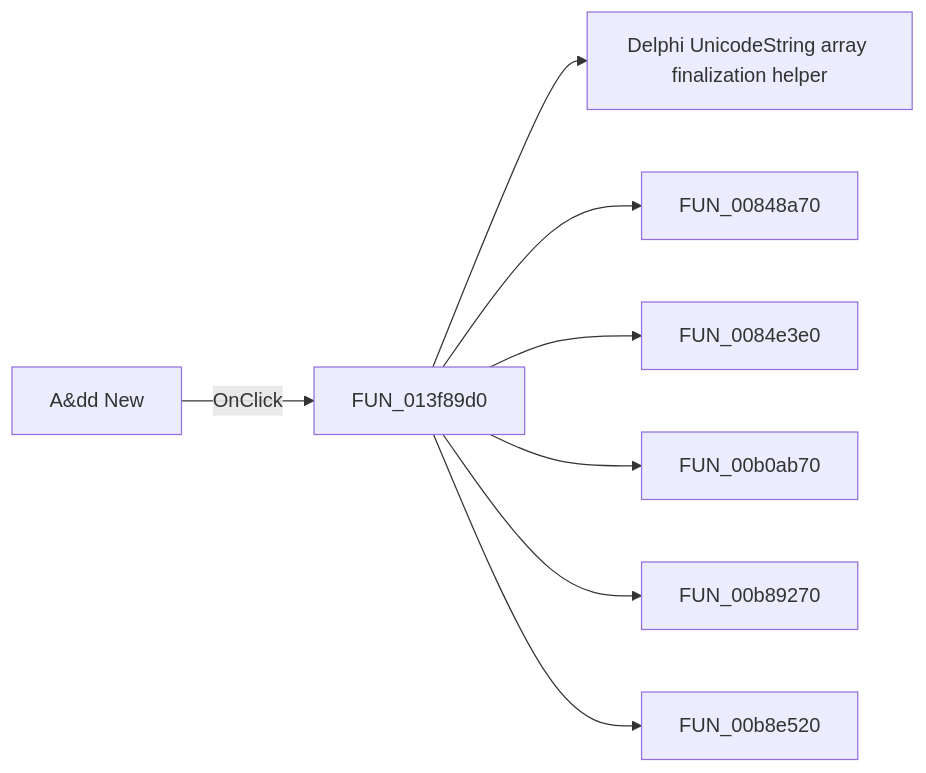
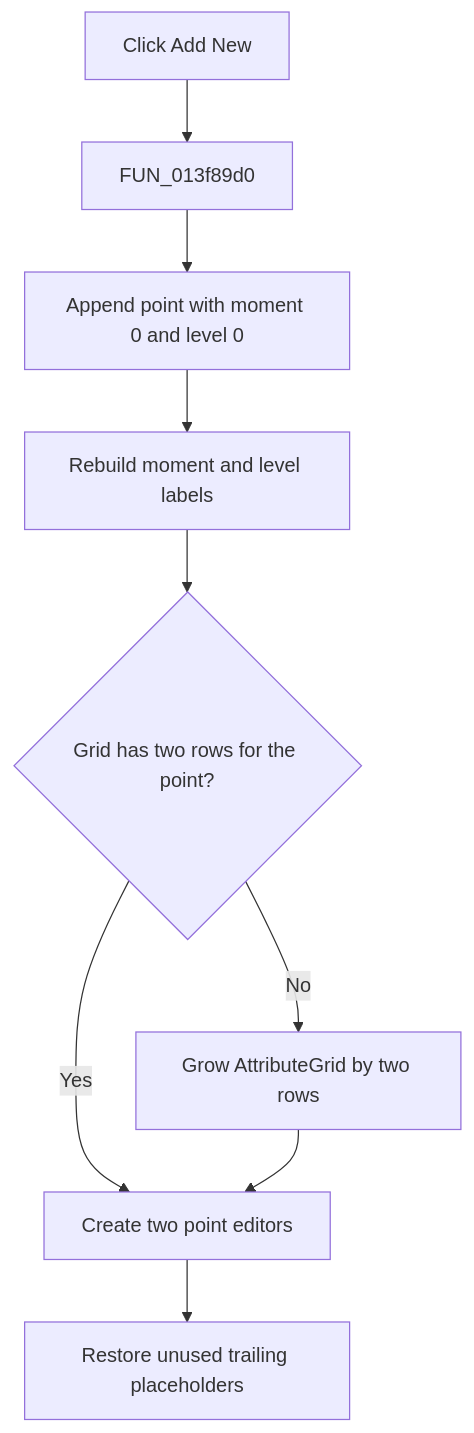
The diagram in docs/ui-controls/psgform/addnew-8c956b33f9.md (MovGP0/TIARA), drawn with Mermaid before and after one commit. The commit also changed other lines of this file and 1062 other files, not shown here.

````diff
--- a/docs/ui-controls/psgform/addnew-8c956b33f9.md
+++ b/docs/ui-controls/psgform/addnew-8c956b33f9.md
@@ -27,10 +31,11 @@
 ```mermaid
-flowchart LR
-    control["A&dd New"] -->|OnClick| handler["FUN_013f89d0"]
-    handler --> call1["Delphi UnicodeString array finalization helper"]
-    handler --> call2["FUN_00848a70"]
-    handler --> call3["FUN_0084e3e0"]
-    handler --> call4["FUN_00b0ab70"]
-    handler --> call5["FUN_00b89270"]
-    handler --> call6["FUN_00b8e520"]
+flowchart TD
+    Click["Click Add New"] --> Handler["FUN_013f89d0"]
+    Handler --> Append["Append point with moment 0 and level 0"]
+    Append --> Labels["Rebuild moment and level labels"]
+    Labels --> Capacity{"Grid has two rows for the point?"}
+    Capacity -->|No| Grow["Grow AttributeGrid by two rows"]
+    Capacity -->|Yes| Editors["Create two point editors"]
+    Grow --> Editors
+    Editors --> Placeholders["Restore unused trailing placeholders"]
 ```
````
